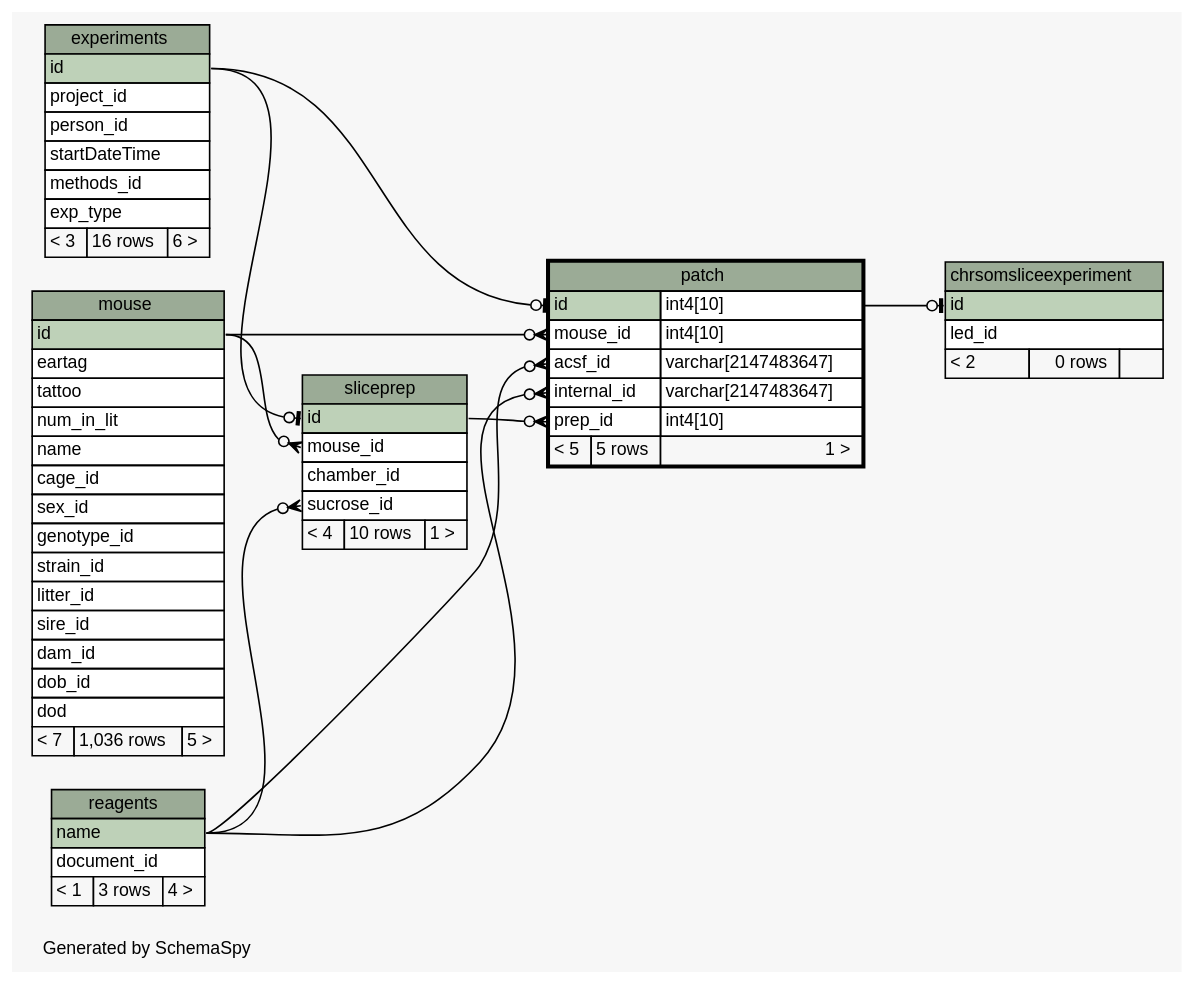
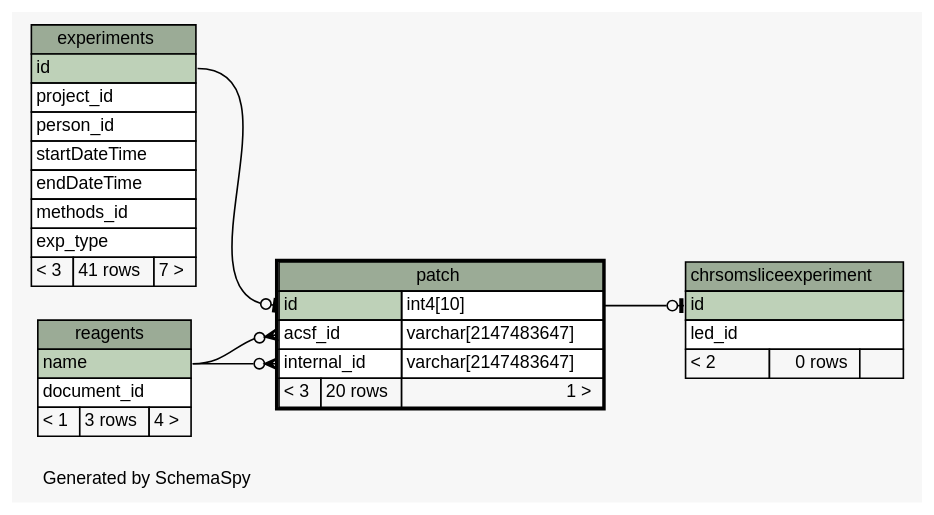
Before and after one commit to tgbugs/mlab: the diagram in database/ss/diagrams/patch.1degree.dot, drawn with Graphviz. The commit also changed 216 other files, not shown here.

```diff
--- a/database/ss/diagrams/patch.1degree.dot
+++ b/database/ss/diagrams/patch.1degree.dot
@@ -1,118 +1,76 @@
 // dot 2.32.0 on Windows 7 6.1
 // SchemaSpy rev 590
 digraph "oneDegreeRelationshipsDiagram" {
   graph [
     rankdir="RL"
     bgcolor="#f7f7f7"
     label="\nGenerated by SchemaSpy"
     labeljust="l"
     nodesep="0.18"
     ranksep="0.46"
     fontname="Helvetica"
     fontsize="11"
   ];
   node [
     fontname="Helvetica"
     fontsize="11"
     shape="plaintext"
   ];
   edge [
     arrowsize="0.8"
   ];
   "chrsomsliceexperiment":"id":w -> "patch":"id.type":e [arrowhead=none dir=back arrowtail=teeodot];
   "patch":"acsf_id":w -> "reagents":"name":e [arrowhead=none dir=back arrowtail=crowodot];
   "patch":"id":w -> "experiments":"id":e [arrowhead=none dir=back arrowtail=teeodot];
   "patch":"internal_id":w -> "reagents":"name":e [arrowhead=none dir=back arrowtail=crowodot];
-  "patch":"mouse_id":w -> "mouse":"id":e [arrowhead=none dir=back arrowtail=crowodot];
-  "patch":"prep_id":w -> "sliceprep":"id":e [arrowhead=none dir=back arrowtail=crowodot];
-  "sliceprep":"id":w -> "experiments":"id":e [arrowhead=none dir=back arrowtail=teeodot];
-  "sliceprep":"mouse_id":w -> "mouse":"id":e [arrowhead=none dir=back arrowtail=crowodot];
-  "sliceprep":"sucrose_id":w -> "reagents":"name":e [arrowhead=none dir=back arrowtail=crowodot];
   "chrsomsliceexperiment" [
     label=<
     <TABLE BORDER="0" CELLBORDER="1" CELLSPACING="0" BGCOLOR="#ffffff">
       <TR><TD COLSPAN="3" BGCOLOR="#9bab96" ALIGN="CENTER">chrsomsliceexperiment</TD></TR>
       <TR><TD PORT="id" COLSPAN="3" BGCOLOR="#bed1b8" ALIGN="LEFT">id</TD></TR>
       <TR><TD PORT="led_id" COLSPAN="3" ALIGN="LEFT">led_id</TD></TR>
       <TR><TD ALIGN="LEFT" BGCOLOR="#f7f7f7">&lt; 2</TD><TD ALIGN="RIGHT" BGCOLOR="#f7f7f7">0 rows</TD><TD ALIGN="RIGHT" BGCOLOR="#f7f7f7">  </TD></TR>
     </TABLE>>
     URL="chrsomsliceexperiment.html"
     tooltip="chrsomsliceexperiment"
   ];
   "experiments" [
     label=<
     <TABLE BORDER="0" CELLBORDER="1" CELLSPACING="0" BGCOLOR="#ffffff">
       <TR><TD COLSPAN="3" BGCOLOR="#9bab96" ALIGN="CENTER">experiments</TD></TR>
       <TR><TD PORT="id" COLSPAN="3" BGCOLOR="#bed1b8" ALIGN="LEFT">id</TD></TR>
       <TR><TD PORT="project_id" COLSPAN="3" ALIGN="LEFT">project_id</TD></TR>
       <TR><TD PORT="person_id" COLSPAN="3" ALIGN="LEFT">person_id</TD></TR>
       <TR><TD PORT="startDateTime" COLSPAN="3" ALIGN="LEFT">startDateTime</TD></TR>
+      <TR><TD PORT="endDateTime" COLSPAN="3" ALIGN="LEFT">endDateTime</TD></TR>
       <TR><TD PORT="methods_id" COLSPAN="3" ALIGN="LEFT">methods_id</TD></TR>
       <TR><TD PORT="exp_type" COLSPAN="3" ALIGN="LEFT">exp_type</TD></TR>
-      <TR><TD ALIGN="LEFT" BGCOLOR="#f7f7f7">&lt; 3</TD><TD ALIGN="RIGHT" BGCOLOR="#f7f7f7">16 rows</TD><TD ALIGN="RIGHT" BGCOLOR="#f7f7f7">6 &gt;</TD></TR>
+      <TR><TD ALIGN="LEFT" BGCOLOR="#f7f7f7">&lt; 3</TD><TD ALIGN="RIGHT" BGCOLOR="#f7f7f7">41 rows</TD><TD ALIGN="RIGHT" BGCOLOR="#f7f7f7">7 &gt;</TD></TR>
     </TABLE>>
     URL="experiments.html"
     tooltip="experiments"
-  ];
-  "mouse" [
-    label=<
-    <TABLE BORDER="0" CELLBORDER="1" CELLSPACING="0" BGCOLOR="#ffffff">
-      <TR><TD COLSPAN="3" BGCOLOR="#9bab96" ALIGN="CENTER">mouse</TD></TR>
-      <TR><TD PORT="id" COLSPAN="3" BGCOLOR="#bed1b8" ALIGN="LEFT">id</TD></TR>
-      <TR><TD PORT="eartag" COLSPAN="3" ALIGN="LEFT">eartag</TD></TR>
-      <TR><TD PORT="tattoo" COLSPAN="3" ALIGN="LEFT">tattoo</TD></TR>
-      <TR><TD PORT="num_in_lit" COLSPAN="3" ALIGN="LEFT">num_in_lit</TD></TR>
-      <TR><TD PORT="name" COLSPAN="3" ALIGN="LEFT">name</TD></TR>
-      <TR><TD PORT="cage_id" COLSPAN="3" ALIGN="LEFT">cage_id</TD></TR>
-      <TR><TD PORT="sex_id" COLSPAN="3" ALIGN="LEFT">sex_id</TD></TR>
-      <TR><TD PORT="genotype_id" COLSPAN="3" ALIGN="LEFT">genotype_id</TD></TR>
-      <TR><TD PORT="strain_id" COLSPAN="3" ALIGN="LEFT">strain_id</TD></TR>
-      <TR><TD PORT="litter_id" COLSPAN="3" ALIGN="LEFT">litter_id</TD></TR>
-      <TR><TD PORT="sire_id" COLSPAN="3" ALIGN="LEFT">sire_id</TD></TR>
-      <TR><TD PORT="dam_id" COLSPAN="3" ALIGN="LEFT">dam_id</TD></TR>
-      <TR><TD PORT="dob_id" COLSPAN="3" ALIGN="LEFT">dob_id</TD></TR>
-      <TR><TD PORT="dod" COLSPAN="3" ALIGN="LEFT">dod</TD></TR>
-      <TR><TD ALIGN="LEFT" BGCOLOR="#f7f7f7">&lt; 7</TD><TD ALIGN="RIGHT" BGCOLOR="#f7f7f7">1,036 rows</TD><TD ALIGN="RIGHT" BGCOLOR="#f7f7f7">5 &gt;</TD></TR>
-    </TABLE>>
-    URL="mouse.html"
-    tooltip="mouse"
   ];
   "patch" [
     label=<
     <TABLE BORDER="2" CELLBORDER="1" CELLSPACING="0" BGCOLOR="#ffffff">
       <TR><TD COLSPAN="3" BGCOLOR="#9bab96" ALIGN="CENTER">patch</TD></TR>
       <TR><TD PORT="id" COLSPAN="2" BGCOLOR="#bed1b8" ALIGN="LEFT">id</TD><TD PORT="id.type" ALIGN="LEFT">int4[10]</TD></TR>
-      <TR><TD PORT="mouse_id" COLSPAN="2" ALIGN="LEFT">mouse_id</TD><TD PORT="mouse_id.type" ALIGN="LEFT">int4[10]</TD></TR>
       <TR><TD PORT="acsf_id" COLSPAN="2" ALIGN="LEFT">acsf_id</TD><TD PORT="acsf_id.type" ALIGN="LEFT">varchar[2147483647]</TD></TR>
       <TR><TD PORT="internal_id" COLSPAN="2" ALIGN="LEFT">internal_id</TD><TD PORT="internal_id.type" ALIGN="LEFT">varchar[2147483647]</TD></TR>
-      <TR><TD PORT="prep_id" COLSPAN="2" ALIGN="LEFT">prep_id</TD><TD PORT="prep_id.type" ALIGN="LEFT">int4[10]</TD></TR>
-      <TR><TD ALIGN="LEFT" BGCOLOR="#f7f7f7">&lt; 5</TD><TD ALIGN="RIGHT" BGCOLOR="#f7f7f7">5 rows</TD><TD ALIGN="RIGHT" BGCOLOR="#f7f7f7">1 &gt;</TD></TR>
+      <TR><TD ALIGN="LEFT" BGCOLOR="#f7f7f7">&lt; 3</TD><TD ALIGN="RIGHT" BGCOLOR="#f7f7f7">20 rows</TD><TD ALIGN="RIGHT" BGCOLOR="#f7f7f7">1 &gt;</TD></TR>
     </TABLE>>
     URL="patch.html"
     tooltip="patch"
   ];
   "reagents" [
     label=<
     <TABLE BORDER="0" CELLBORDER="1" CELLSPACING="0" BGCOLOR="#ffffff">
       <TR><TD COLSPAN="3" BGCOLOR="#9bab96" ALIGN="CENTER">reagents</TD></TR>
       <TR><TD PORT="name" COLSPAN="3" BGCOLOR="#bed1b8" ALIGN="LEFT">name</TD></TR>
       <TR><TD PORT="document_id" COLSPAN="3" ALIGN="LEFT">document_id</TD></TR>
       <TR><TD ALIGN="LEFT" BGCOLOR="#f7f7f7">&lt; 1</TD><TD ALIGN="RIGHT" BGCOLOR="#f7f7f7">3 rows</TD><TD ALIGN="RIGHT" BGCOLOR="#f7f7f7">4 &gt;</TD></TR>
     </TABLE>>
     URL="reagents.html"
     tooltip="reagents"
   ];
-  "sliceprep" [
-    label=<
-    <TABLE BORDER="0" CELLBORDER="1" CELLSPACING="0" BGCOLOR="#ffffff">
-      <TR><TD COLSPAN="3" BGCOLOR="#9bab96" ALIGN="CENTER">sliceprep</TD></TR>
-      <TR><TD PORT="id" COLSPAN="3" BGCOLOR="#bed1b8" ALIGN="LEFT">id</TD></TR>
-      <TR><TD PORT="mouse_id" COLSPAN="3" ALIGN="LEFT">mouse_id</TD></TR>
-      <TR><TD PORT="chamber_id" COLSPAN="3" ALIGN="LEFT">chamber_id</TD></TR>
-      <TR><TD PORT="sucrose_id" COLSPAN="3" ALIGN="LEFT">sucrose_id</TD></TR>
-      <TR><TD ALIGN="LEFT" BGCOLOR="#f7f7f7">&lt; 4</TD><TD ALIGN="RIGHT" BGCOLOR="#f7f7f7">10 rows</TD><TD ALIGN="RIGHT" BGCOLOR="#f7f7f7">1 &gt;</TD></TR>
-    </TABLE>>
-    URL="sliceprep.html"
-    tooltip="sliceprep"
-  ];
 }
```
